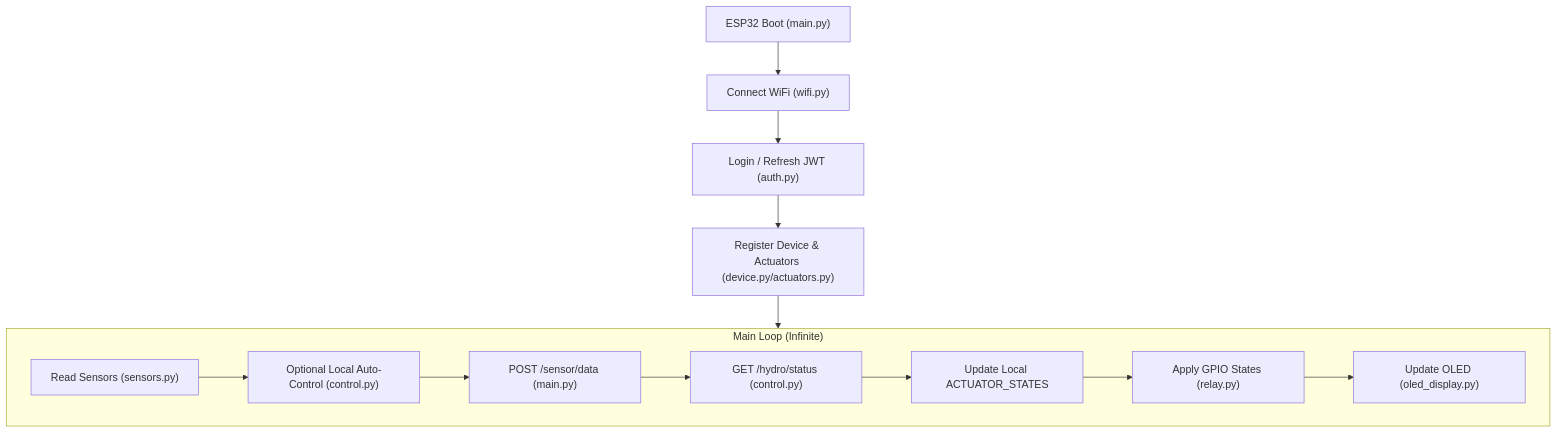
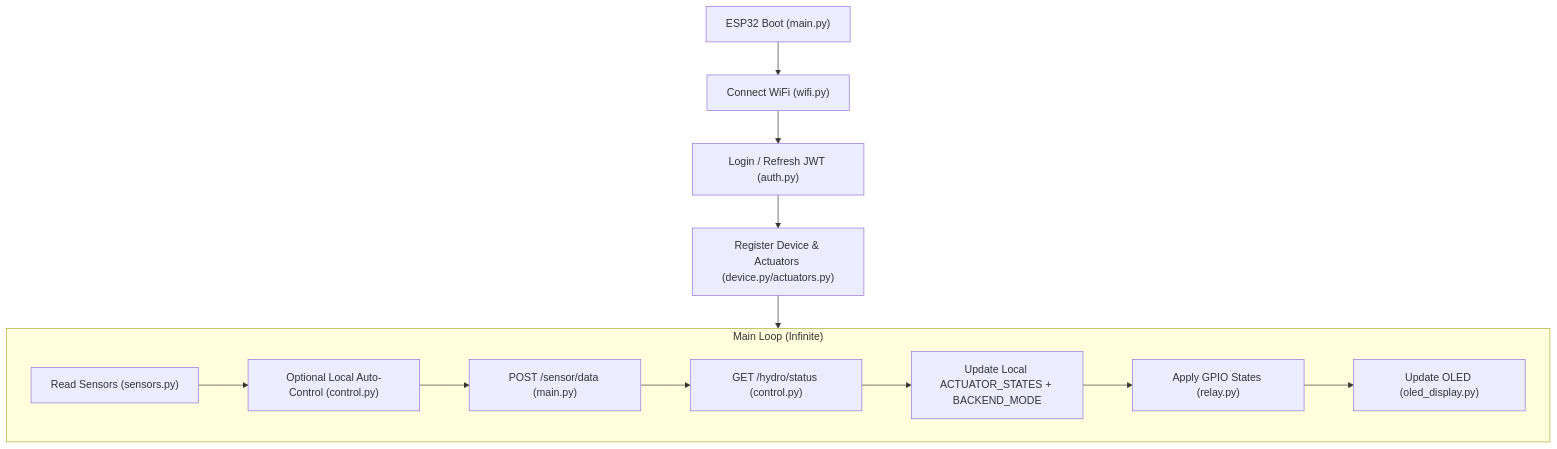
The diagram in README.md (nghingothanhnghi/HydroNode), drawn with Mermaid before and after one commit. The commit also changed other lines of this file, not shown here.

````diff
--- a/README.md
+++ b/README.md
@@ -24,17 +24,17 @@
 ```mermaid
 flowchart TD
     Boot["ESP32 Boot (main.py)"] --> WiFi["Connect WiFi (wifi.py)"]
     WiFi --> Auth["Login / Refresh JWT (auth.py)"]
     Auth --> Reg["Register Device & Actuators (device.py/actuators.py)"]
 
     subgraph Loop ["Main Loop (Infinite)"]
         Read["Read Sensors (sensors.py)"] --> Auto["Optional Local Auto-Control (control.py)"]
         Auto --> Send["POST /sensor/data (main.py)"]
         Send --> Fetch["GET /hydro/status (control.py)"]
-        Fetch --> UpdateState["Update Local ACTUATOR_STATES"]
+        Fetch --> UpdateState["Update Local ACTUATOR_STATES + BACKEND_MODE"]
         UpdateState --> Apply["Apply GPIO States (relay.py)"]
         Apply --> Display["Update OLED (oled_display.py)"]
     end
 
     Reg --> Loop
 ```
````
